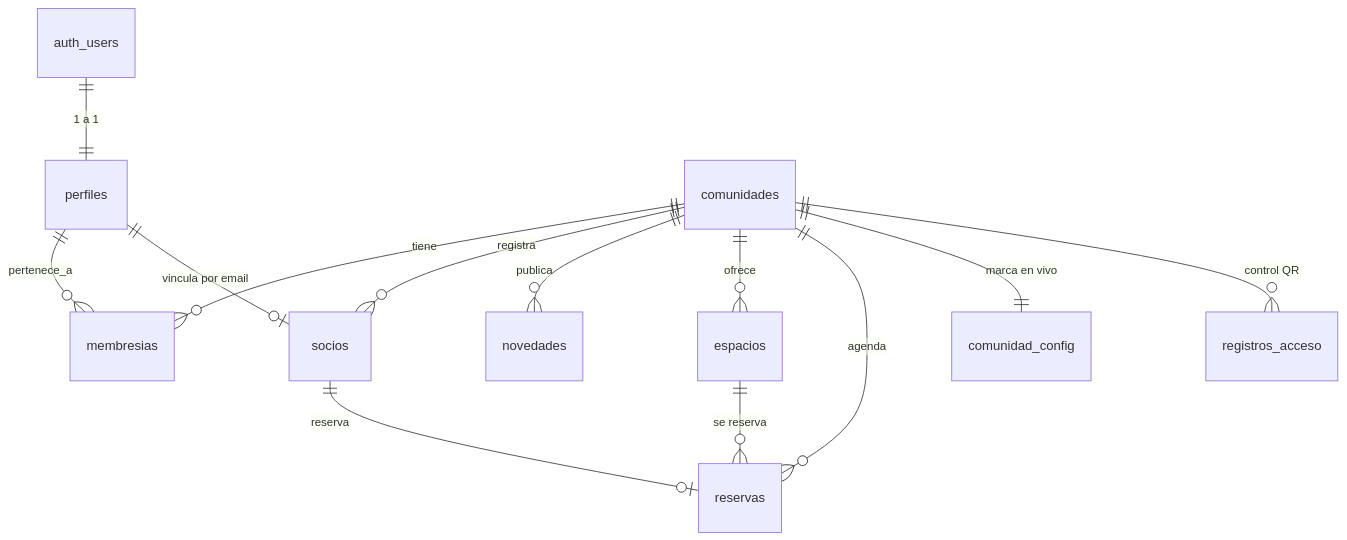
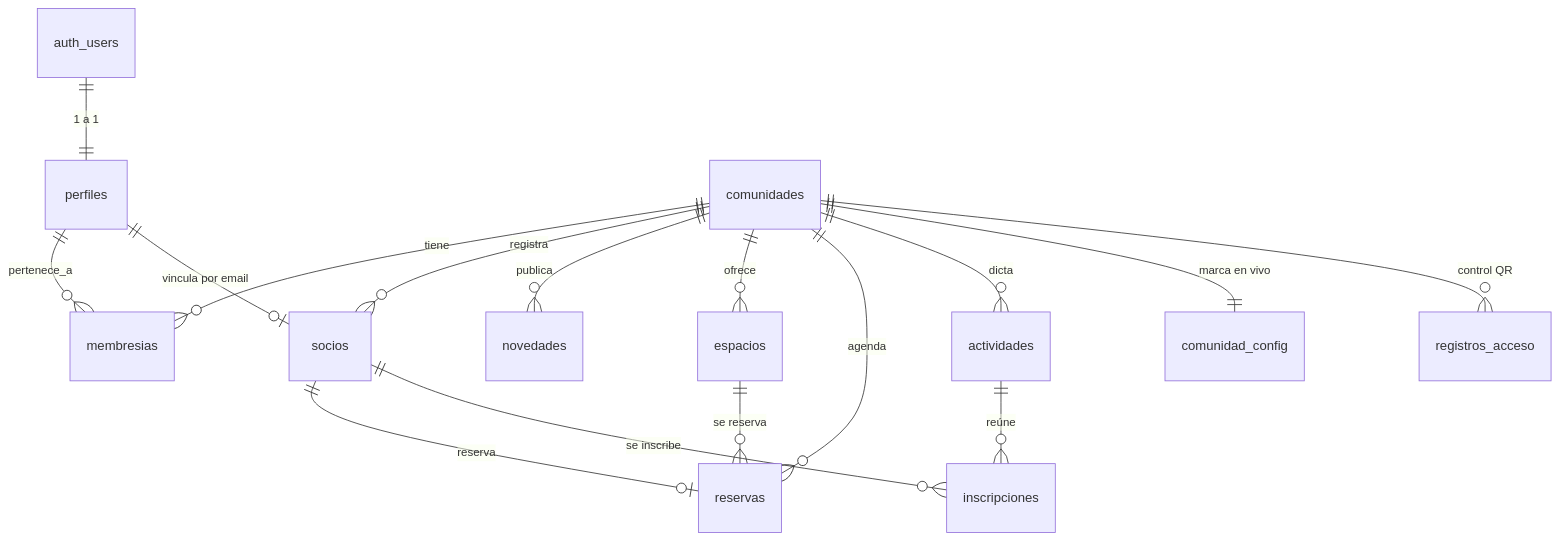
One commit to yazminkussi/nodo changed the diagram in docs/ARQUITECTURA.md. Above: the diagram before and after it, drawn with Mermaid. The commit also changed other lines of this file and 9 other files, not shown here.

````diff
--- a/docs/ARQUITECTURA.md
+++ b/docs/ARQUITECTURA.md
@@ -36,15 +36,18 @@
 ```mermaid
 erDiagram
     auth_users ||--|| perfiles : "1 a 1"
     comunidades ||--o{ membresias : tiene
     perfiles ||--o{ membresias : pertenece_a
     comunidades ||--o{ socios : registra
     perfiles ||--o| socios : "vincula por email"
     comunidades ||--o{ novedades : publica
     comunidades ||--o{ espacios : ofrece
     comunidades ||--o{ reservas : agenda
     espacios ||--o{ reservas : "se reserva"
     socios ||--o| reservas : reserva
+    comunidades ||--o{ actividades : dicta
+    actividades ||--o{ inscripciones : "reúne"
+    socios ||--o{ inscripciones : "se inscribe"
     comunidades ||--|| comunidad_config : "marca en vivo"
     comunidades ||--o{ registros_acceso : "control QR"
 ```
````
